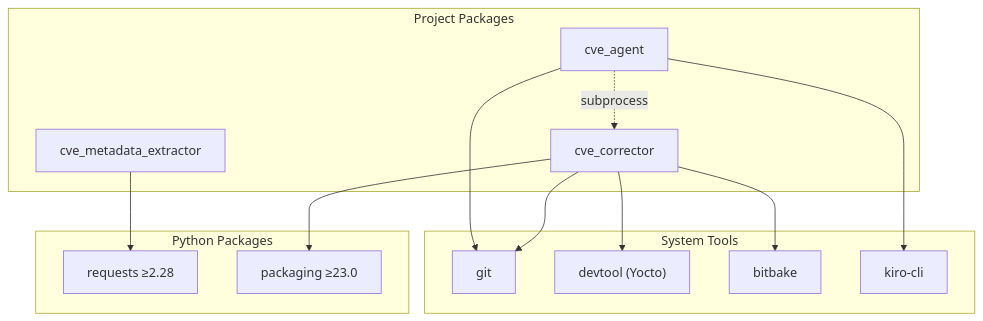
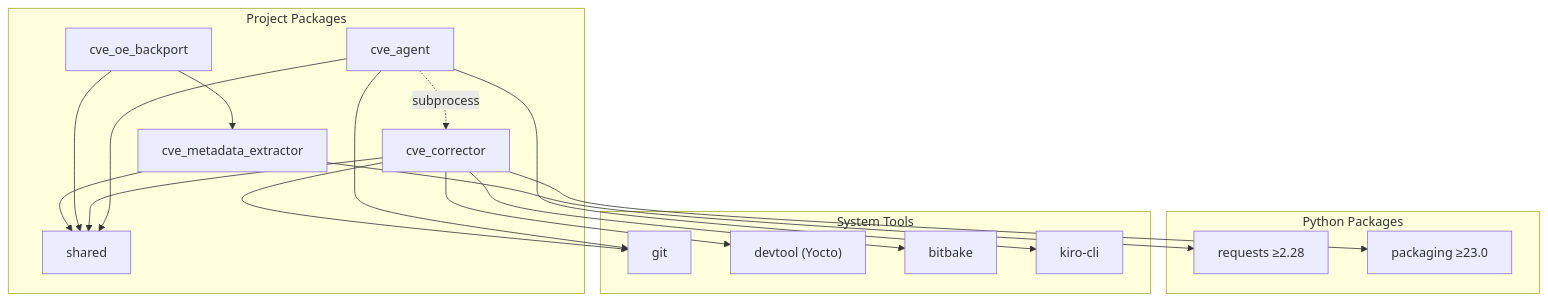
One commit to Ericsson/yocto-security-tools changed the diagram in .agents/summary/dependencies.md. Above: the diagram before and after it, drawn with Mermaid. The commit also changed 8 other files, not shown here.

First line of the commit message:
docs: document cve-oe-backport and shared.patch

````diff
--- a/.agents/summary/dependencies.md
+++ b/.agents/summary/dependencies.md
@@ -55,23 +55,29 @@
 ```mermaid
 graph TD
     subgraph "Python Packages"
         requests["requests ≥2.28"]
         packaging["packaging ≥23.0"]
     end
     subgraph "System Tools"
         git["git"]
         devtool["devtool (Yocto)"]
         bitbake["bitbake"]
         kiro["kiro-cli"]
     end
     subgraph "Project Packages"
         extractor["cve_metadata_extractor"]
+        backport["cve_oe_backport"]
         corrector["cve_corrector"]
+        shared["shared"]
         agent["cve_agent"]
     end
+    extractor --> shared
+    backport --> extractor & shared
+    corrector --> shared
+    agent --> shared
     extractor --> requests
     corrector --> packaging
     corrector --> git & devtool & bitbake
     agent --> git & kiro
     agent -.->|subprocess| corrector
 ```
````
